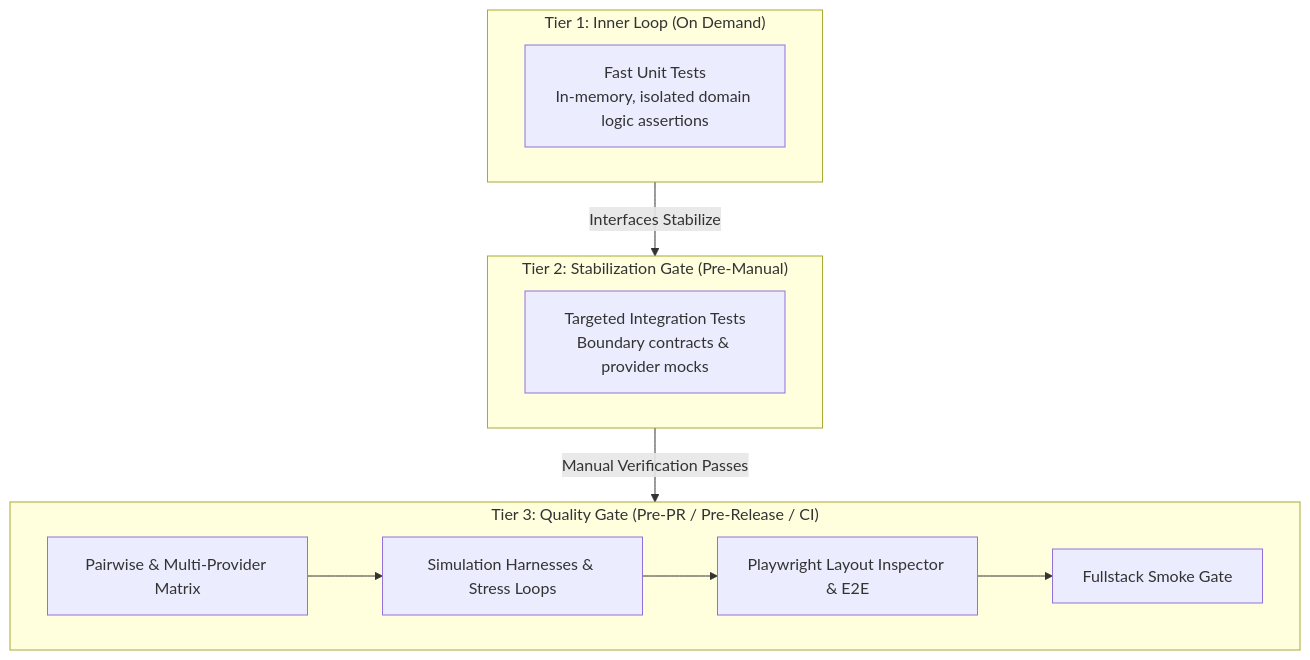
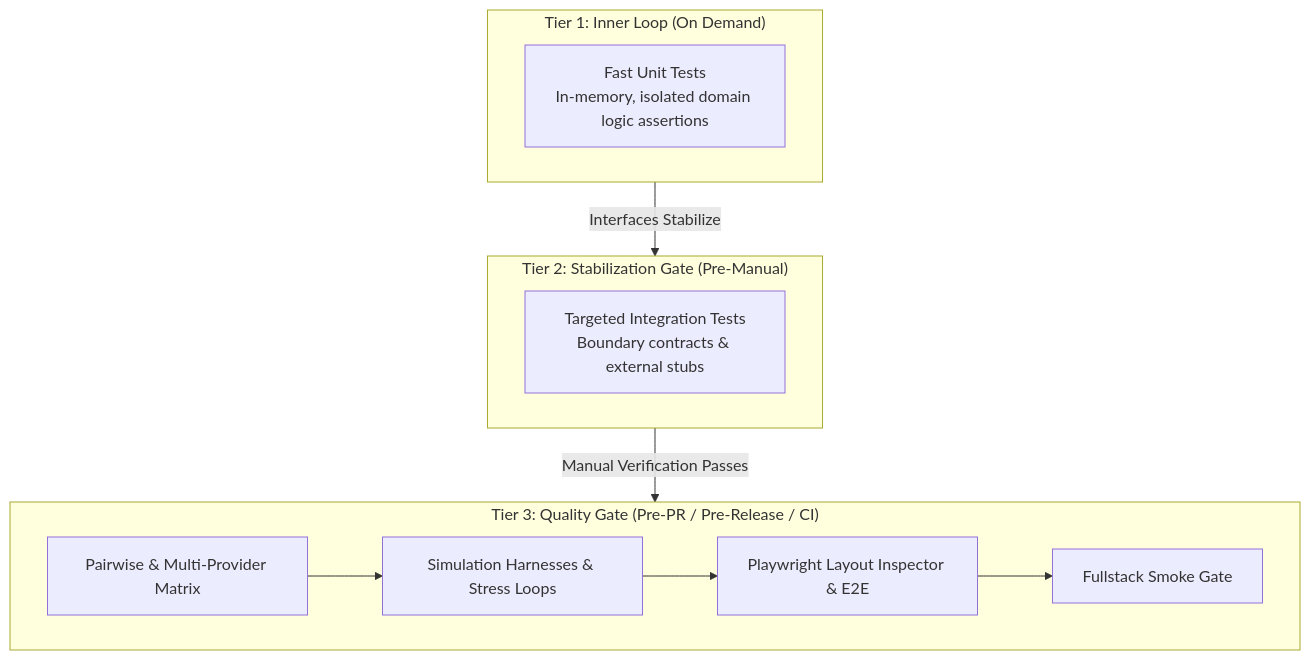
One commit to spelech/AgenticEngineeringToolbelt changed the third of 3 diagrams in ARCHITECTURE.md. Above: the diagram before and after it, drawn with Mermaid. The commit also changed other lines of this file and 42 other files, not shown here.

````diff
--- a/ARCHITECTURE.md
+++ b/ARCHITECTURE.md
@@ -105,19 +115,19 @@
 ```mermaid
 flowchart TD
     subgraph T1["Tier 1: Inner Loop (On Demand)"]
         Unit["Fast Unit Tests<br>In-memory, isolated domain logic assertions"]
     end
     subgraph T2["Tier 2: Stabilization Gate (Pre-Manual)"]
-        Integ["Targeted Integration Tests<br>Boundary contracts & provider mocks"]
+        Integ["Targeted Integration Tests<br>Boundary contracts & external stubs"]
     end
     subgraph T3["Tier 3: Quality Gate (Pre-PR / Pre-Release / CI)"]
         Matrix["Pairwise & Multi-Provider Matrix"]
         Sim["Simulation Harnesses & Stress Loops"]
         E2E["Playwright Layout Inspector & E2E"]
         Smoke["Fullstack Smoke Gate"]
     end
 
     T1 -->|Interfaces Stabilize| T2
     T2 -->|Manual Verification Passes| T3
     Matrix --> Sim --> E2E --> Smoke
 ```
````
